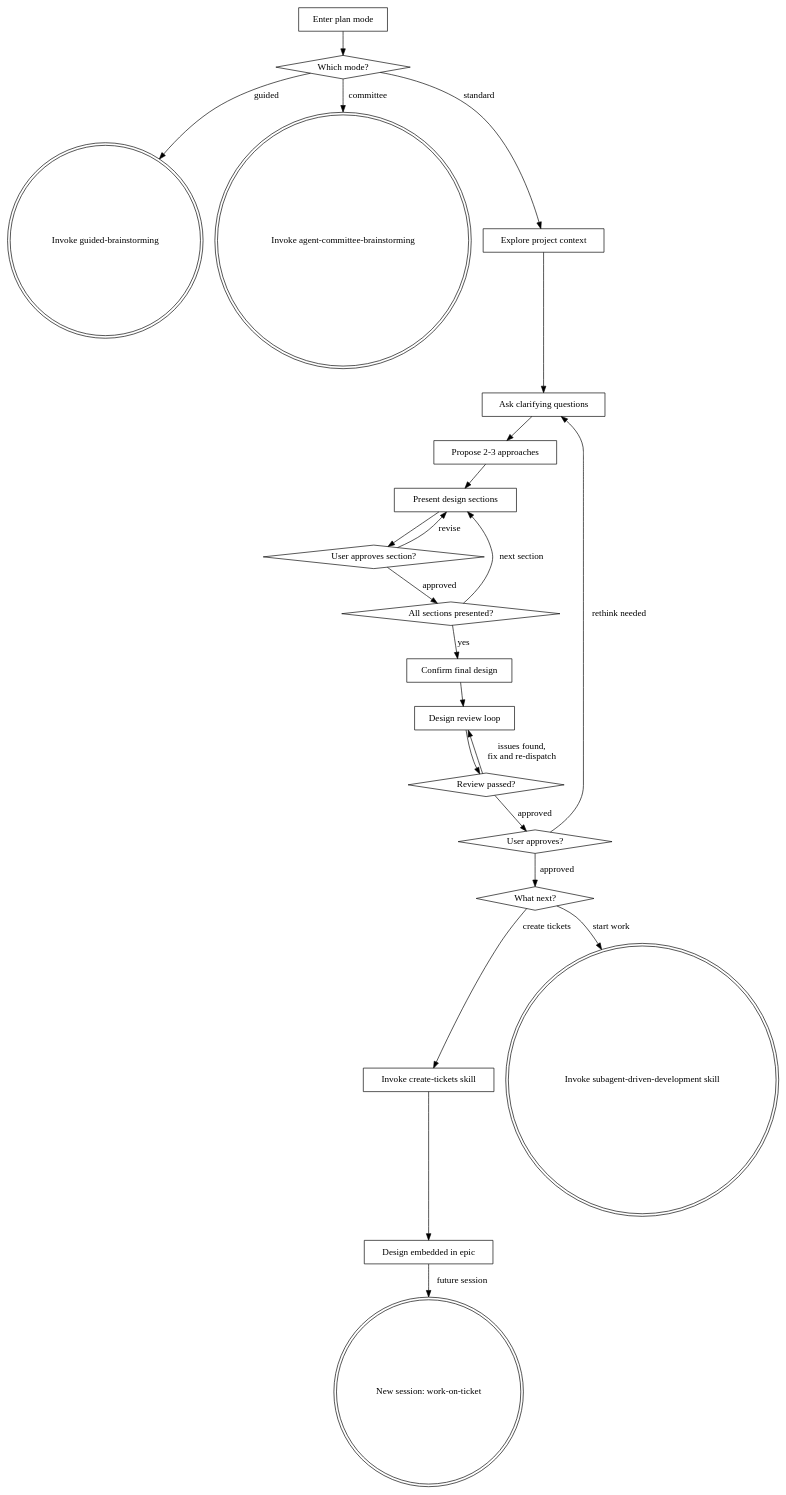
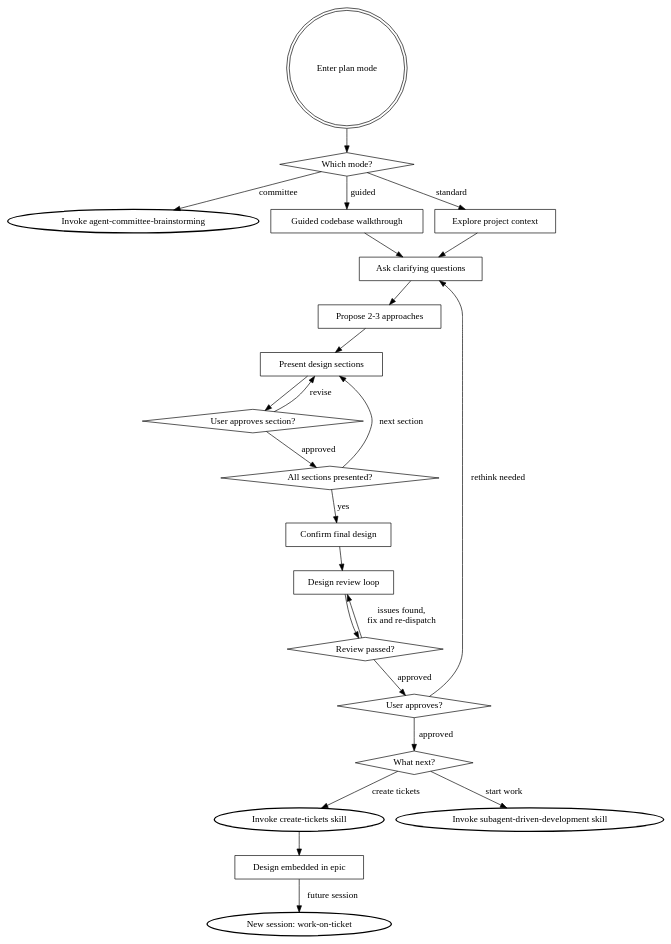
The diagram in ai/skills/brainstorming/SKILL.md (philipobenito/dot), drawn with Graphviz before and after one commit. The commit also changed other lines of this file and 11 other files, not shown here.

````diff
--- a/ai/skills/brainstorming/SKILL.md
+++ b/ai/skills/brainstorming/SKILL.md
@@ -53,47 +49,48 @@
 ```dot
 digraph brainstorming {
     rankdir=TB;
-    "Enter plan mode" [shape=box];
+    "Enter plan mode" [shape=doublecircle];
     "Which mode?" [shape=diamond];
-    "Invoke guided-brainstorming" [shape=doublecircle];
-    "Invoke agent-committee-brainstorming" [shape=doublecircle];
+    "Invoke agent-committee-brainstorming" [style=bold];
+    "Guided codebase walkthrough" [shape=box];
     "Explore project context" [shape=box];
     "Ask clarifying questions" [shape=box];
     "Propose 2-3 approaches" [shape=box];
     "Present design sections" [shape=box];
     "User approves section?" [shape=diamond];
     "All sections presented?" [shape=diamond];
     "Confirm final design" [shape=box];
     "Design review loop" [shape=box];
     "Review passed?" [shape=diamond];
     "User approves?" [shape=diamond];
     "What next?" [shape=diamond];
 
     "Enter plan mode" -> "Which mode?";
-    "Which mode?" -> "Invoke guided-brainstorming" [label="guided"];
     "Which mode?" -> "Invoke agent-committee-brainstorming" [label="committee"];
+    "Which mode?" -> "Guided codebase walkthrough" [label="guided"];
     "Which mode?" -> "Explore project context" [label="standard"];
+    "Guided codebase walkthrough" -> "Ask clarifying questions";
     "Explore project context" -> "Ask clarifying questions";
     "Ask clarifying questions" -> "Propose 2-3 approaches";
     "Propose 2-3 approaches" -> "Present design sections";
     "Present design sections" -> "User approves section?";
     "User approves section?" -> "Present design sections" [label="revise"];
     "User approves section?" -> "All sections presented?" [label="approved"];
     "All sections presented?" -> "Present design sections" [label="next section"];
     "All sections presented?" -> "Confirm final design" [label="yes"];
     "Confirm final design" -> "Design review loop";
     "Design review loop" -> "Review passed?";
     "Review passed?" -> "Design review loop" [label="issues found,\nfix and re-dispatch"];
     "Review passed?" -> "User approves?" [label="approved"];
     "User approves?" -> "Ask clarifying questions" [label="rethink needed"];
     "User approves?" -> "What next?" [label="approved"];
-    "Invoke create-tickets skill" [shape=box];
-    "Invoke subagent-driven-development skill" [shape=doublecircle];
+    "Invoke create-tickets skill" [style=bold];
+    "Invoke subagent-driven-development skill" [style=bold];
     "What next?" -> "Invoke create-tickets skill" [label="create tickets"];
     "What next?" -> "Invoke subagent-driven-development skill" [label="start work"];
     "Design embedded in epic" [shape=box];
-    "New session: work-on-ticket" [shape=doublecircle];
+    "New session: work-on-ticket" [style=bold];
     "Invoke create-tickets skill" -> "Design embedded in epic";
     "Design embedded in epic" -> "New session: work-on-ticket" [label="future session"];
 }
 ```
````
